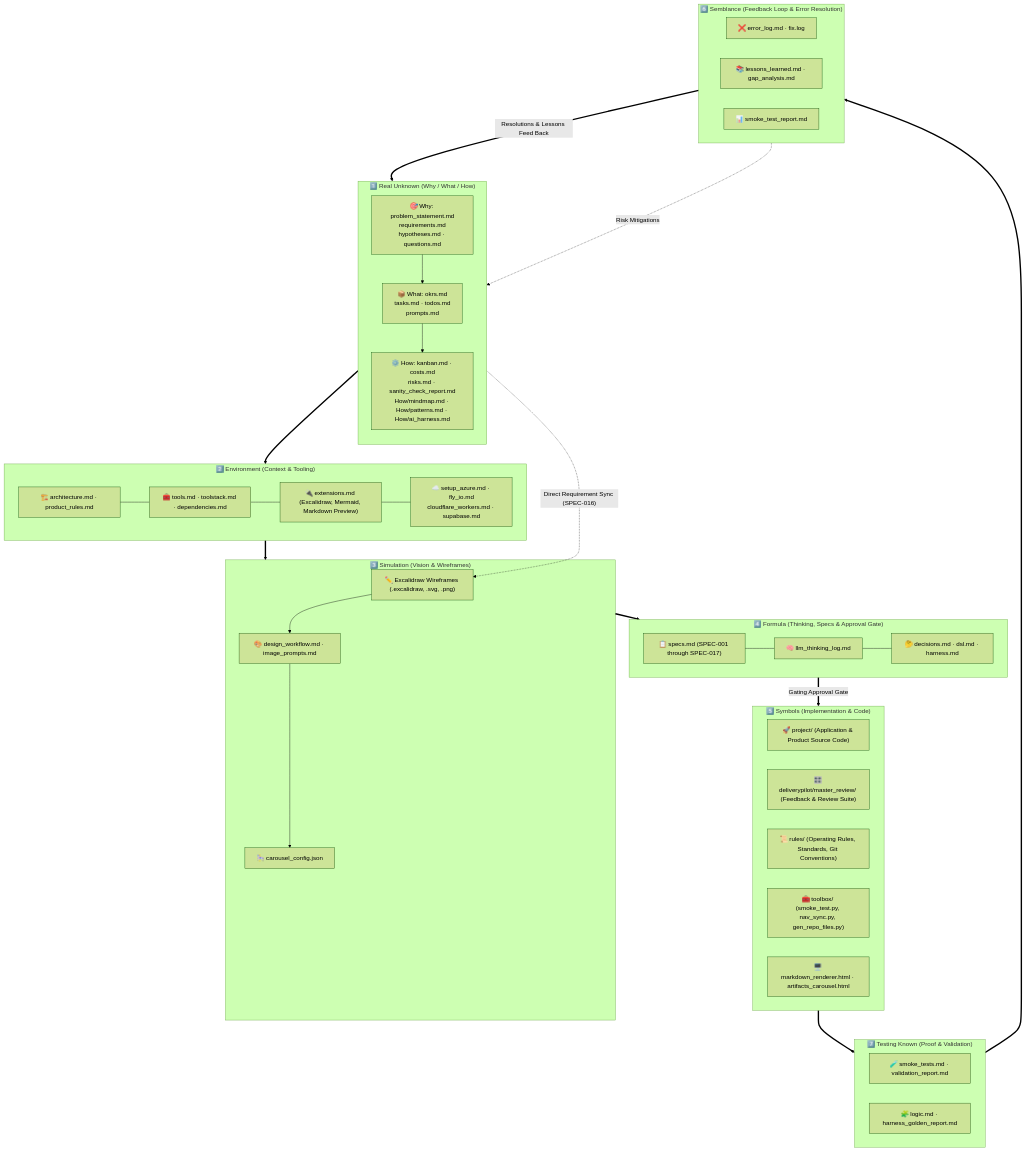
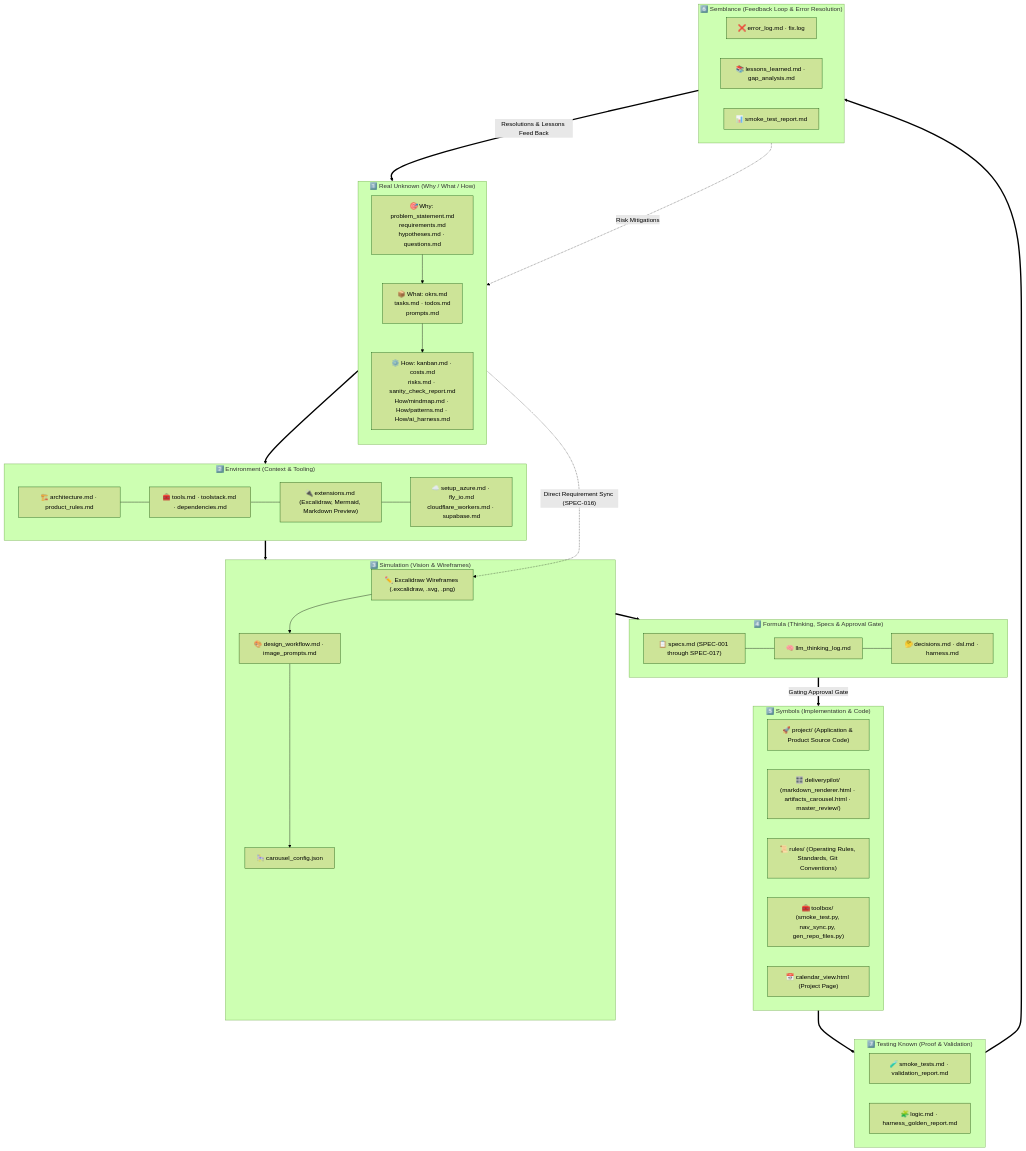
Before and after one commit to rifaterdemsahin/delivery-pilot-template: the diagram in 1_Real_Unknown/How/mindmap.md, drawn with Mermaid (forest theme). The commit also changed 17 other files, not shown here.

Commit message:
TSK-046: Encapsulate DeliveryPilot pages under 5_Symbols/deliverypilot & purify projectMenu (SPEC-021)

````diff
--- a/1_Real_Unknown/How/mindmap.md
+++ b/1_Real_Unknown/How/mindmap.md
@@ -9,62 +9,62 @@
 ```mermaid
 flowchart TD
     subgraph S1["1️⃣ Real Unknown (Why / What / How)"]
         direction TB
         S1_WHY["🎯 Why: problem_statement.md<br/>requirements.md<br/>hypotheses.md · questions.md"]
         S1_WHAT["📦 What: okrs.md<br/>tasks.md · todos.md<br/>prompts.md"]
         S1_HOW["⚙️ How: kanban.md · costs.md<br/>risks.md · sanity_check_report.md<br/>How/mindmap.md · How/patterns.md · How/ai_harness.md"]
         S1_WHY --> S1_WHAT --> S1_HOW
     end
 
     subgraph S2["2️⃣ Environment (Context & Tooling)"]
         S2_ARCH["🏗️ architecture.md · product_rules.md"]
         S2_TOOLS["🧰 tools.md · toolstack.md · dependencies.md"]
         S2_EXT["🔌 extensions.md (Excalidraw, Mermaid, Markdown Preview)"]
         S2_CLOUD["☁️ setup_azure.md · fly_io.md<br/>cloudflare_workers.md · supabase.md"]
         S2_ARCH --- S2_TOOLS --- S2_EXT --- S2_CLOUD
     end
 
     subgraph S3["3️⃣ Simulation (Vision & Wireframes)"]
         S3_EXC["✏️ Excalidraw Wireframes (.excalidraw, .svg, .png)"]
         S3_FLOW["🎨 design_workflow.md · image_prompts.md"]
         S3_CAR["🎠 carousel_config.json"]
         S3_EXC --> S3_FLOW --> S3_CAR
     end
 
     subgraph S4["4️⃣ Formula (Thinking, Specs & Approval Gate)"]
         S4_SPECS["📋 specs.md (SPEC-001 through SPEC-017)"]
         S4_LOG["🧠 llm_thinking_log.md"]
         S4_ADR["🤔 decisions.md · dsl.md · harness.md"]
         S4_SPECS --- S4_LOG --- S4_ADR
     end
 
     subgraph S5["5️⃣ Symbols (Implementation & Code)"]
         S5_PROJ["🚀 project/ (Application & Product Source Code)"]
-        S5_DP["🎛️ deliverypilot/master_review/ (Feedback & Review Suite)"]
+        S5_DP["🎛️ deliverypilot/ (markdown_renderer.html · artifacts_carousel.html · master_review/)"]
         S5_RULES["📜 rules/ (Operating Rules, Standards, Git Conventions)"]
         S5_BOX["🧰 toolbox/ (smoke_test.py, nav_sync.py, gen_repo_files.py)"]
-        S5_UI["🖥️ markdown_renderer.html · artifacts_carousel.html"]
+        S5_UI["📅 calendar_view.html (Project Page)"]
     end
 
     subgraph S7["7️⃣ Testing Known (Proof & Validation)"]
         S7_SMOKE["🧪 smoke_tests.md · validation_report.md"]
         S7_LOGIC["🧩 logic.md · harness_golden_report.md"]
     end
 
     subgraph S6["6️⃣ Semblance (Feedback Loop & Error Resolution)"]
         S6_LOGS["❌ error_log.md · fix.log"]
         S6_LEARN["📚 lessons_learned.md · gap_analysis.md"]
         S6_REPORT["📊 smoke_test_report.md"]
     end
 
     %% Cross-Stage Flow & Feedback Loops
     S1 ==> S2
     S1 -. "Direct Requirement Sync (SPEC-016)" .-> S3_EXC
     S2 ==> S3
     S3 ==> S4
     S4 ==>|Gating Approval Gate| S5
     S5 ==> S7
     S7 ==> S6
     S6 ==>|Resolutions & Lessons Feed Back| S1_HOW
     S6 -. "Risk Mitigations" .-> S1
 ```
````
